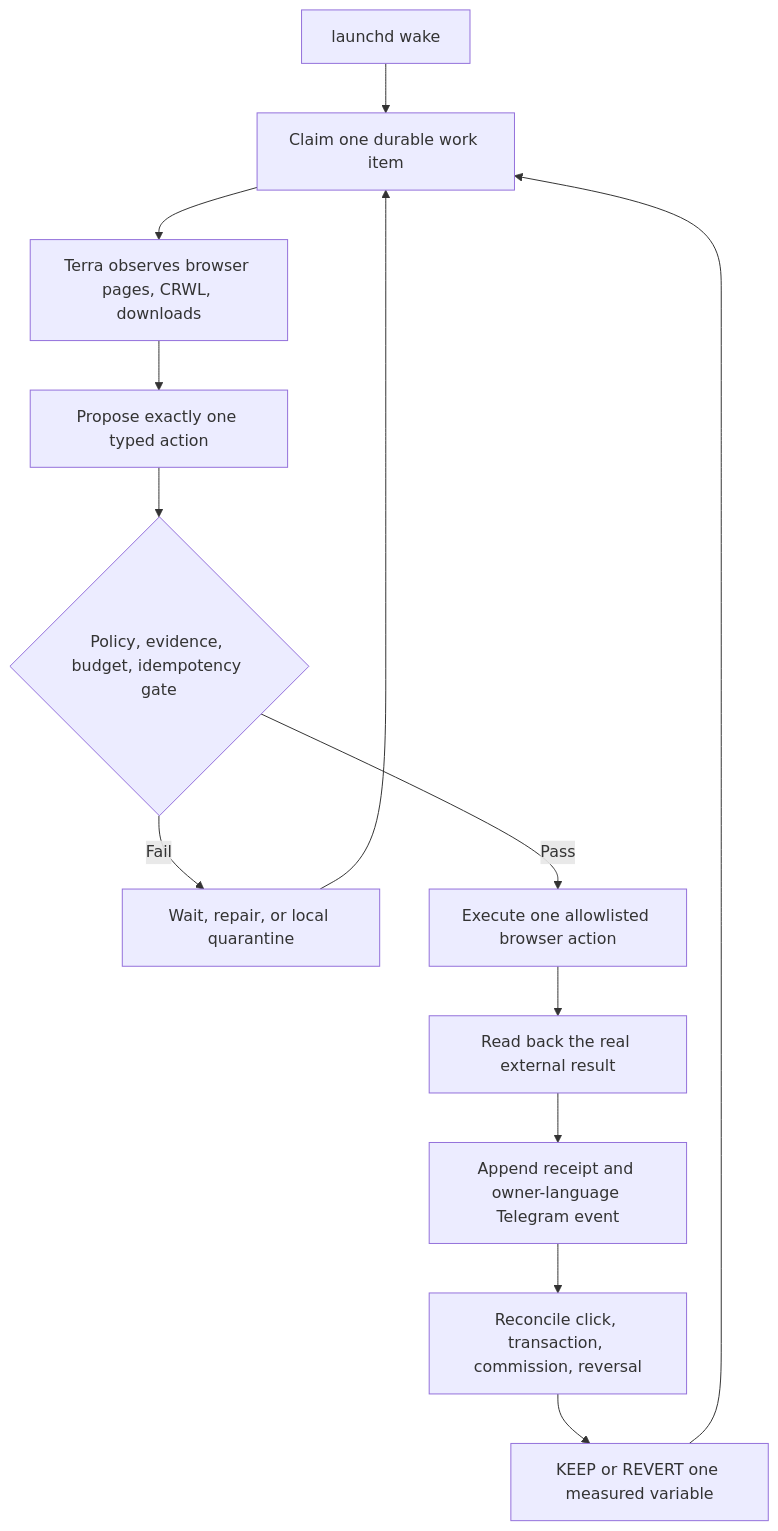
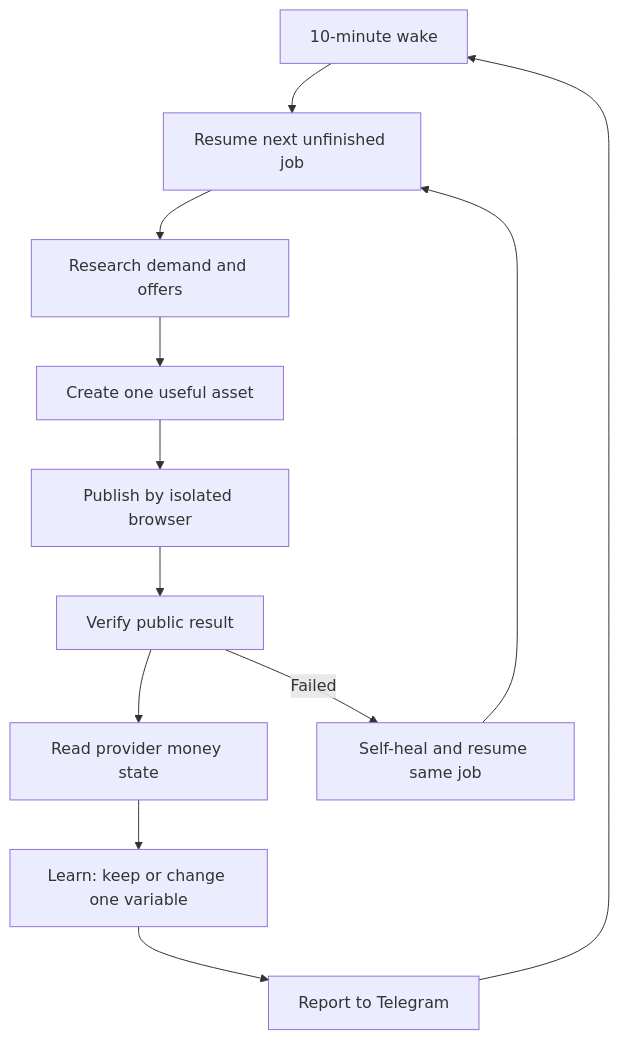
One commit to Daisuke134/anicca changed the third of 6 diagrams in docs/affiliate-agent/AFFILIATE-AGENT-SSOT.md. Above: the diagram before and after it, drawn with Mermaid. The commit also changed other lines of this file, not shown here.

Commit message:
docs(affiliate): define local-to-cloud graduation

````diff
--- a/docs/affiliate-agent/AFFILIATE-AGENT-SSOT.md
+++ b/docs/affiliate-agent/AFFILIATE-AGENT-SSOT.md
@@ -272,15 +294,14 @@
 ```mermaid
 flowchart TD
-  W[launchd wake] --> Q[Claim one durable work item]
-  Q --> O[Terra observes browser pages, CRWL, downloads]
-  O --> A[Propose exactly one typed action]
-  A --> G{Policy, evidence, budget, idempotency gate}
-  G -->|Fail| R[Wait, repair, or local quarantine]
-  G -->|Pass| E[Execute one allowlisted browser action]
-  E --> V[Read back the real external result]
-  V --> T[Append receipt and owner-language Telegram event]
-  T --> M[Reconcile click, transaction, commission, reversal]
-  M --> L[KEEP or REVERT one measured variable]
-  L --> Q
-  R --> Q
+  W[10-minute wake] --> N[Resume next unfinished job]
+  N --> R[Research demand and offers]
+  R --> C[Create one useful asset]
+  C --> P[Publish by isolated browser]
+  P --> V[Verify public result]
+  V --> M[Read provider money state]
+  M --> L[Learn: keep or change one variable]
+  L --> T[Report to Telegram]
+  T --> W
+  V -->|Failed| H[Self-heal and resume same job]
+  H --> N
 ```
````
